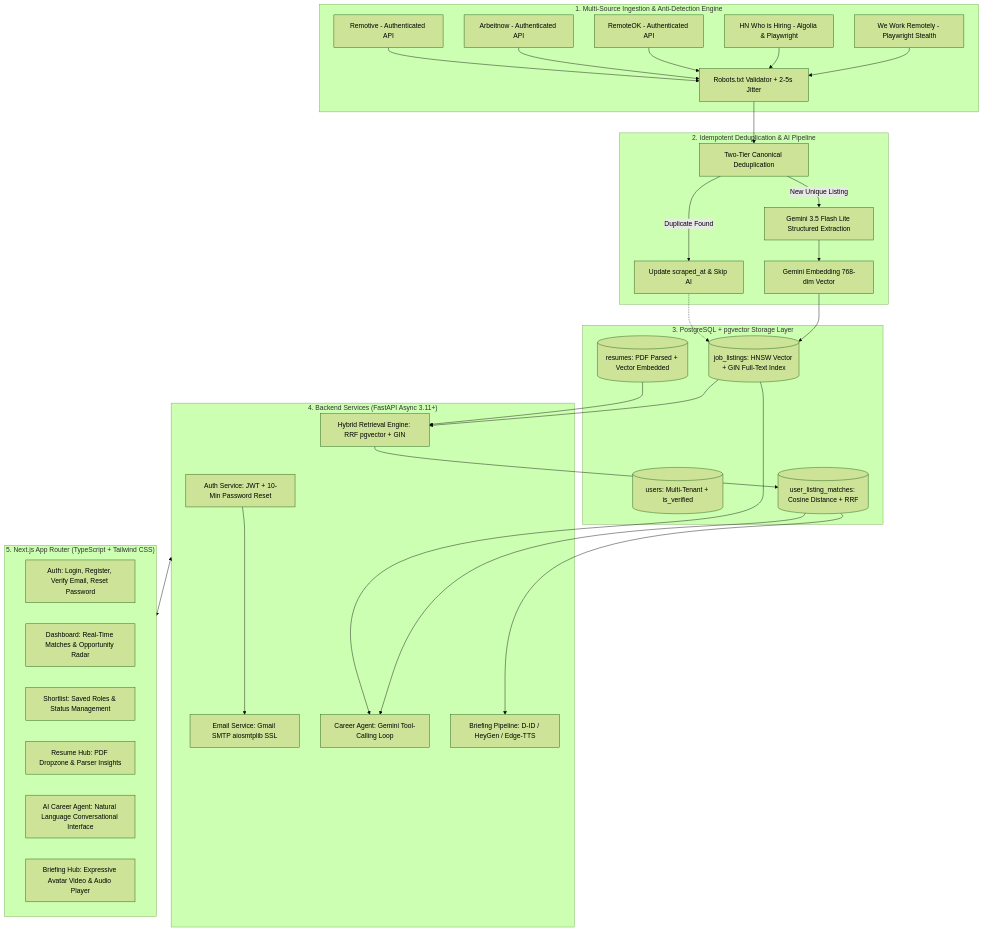
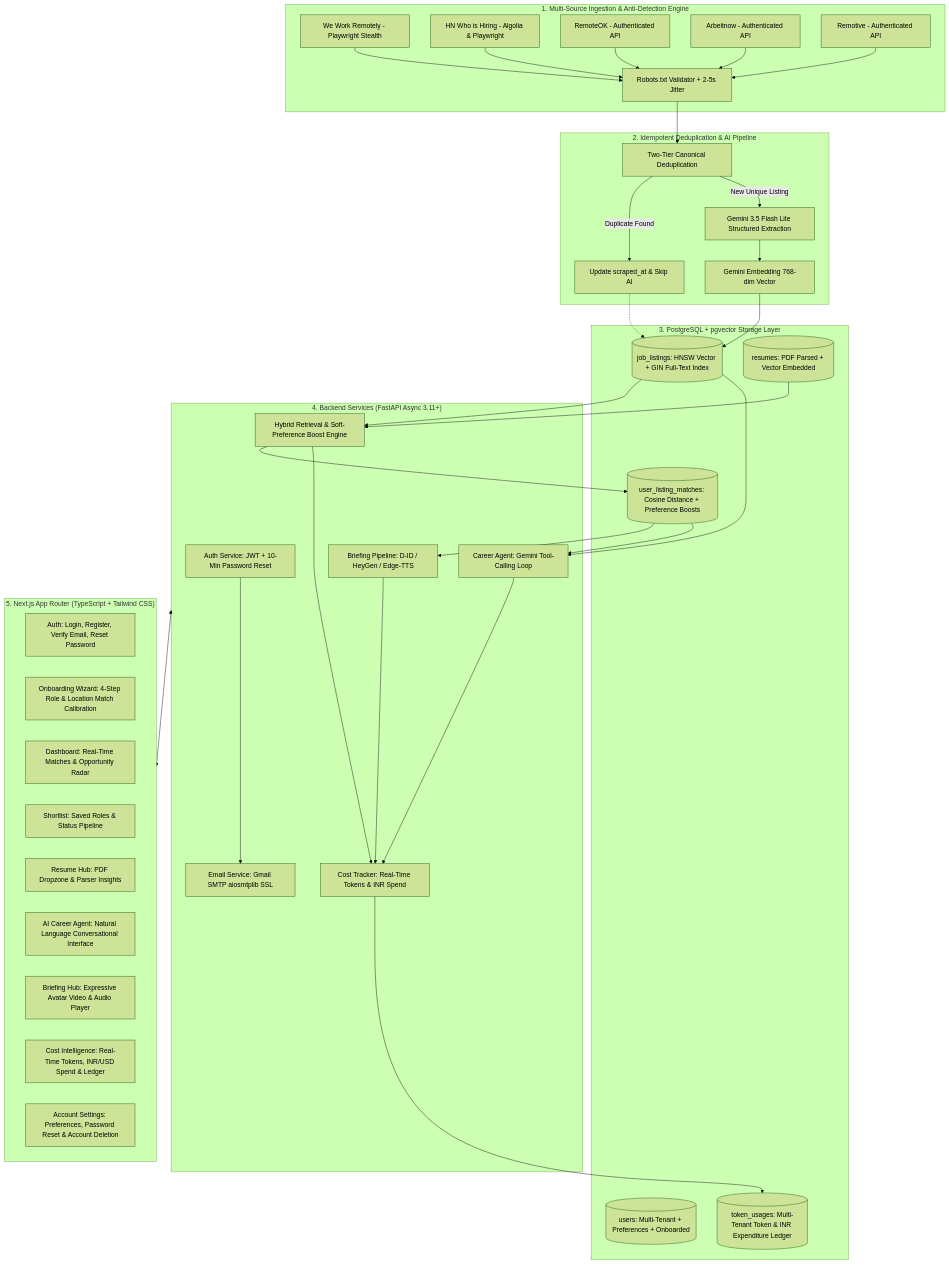
The first of 2 diagrams in README.md (VHarshedh/Nexus), drawn with Mermaid (forest theme) before and after one commit. The commit also changed other lines of this file, not shown here.

````diff
--- a/README.md
+++ b/README.md
@@ -9,50 +11,56 @@
 ```mermaid
 flowchart TD
   subgraph Ingestion["1. Multi-Source Ingestion & Anti-Detection Engine"]
     WWR[We Work Remotely - Playwright Stealth]
     HN[HN Who is Hiring - Algolia & Playwright]
     ROK[RemoteOK - Authenticated API]
     ARBN[Arbeitnow - Authenticated API]
     REMO[Remotive - Authenticated API]
     ROBOTS[Robots.txt Validator + 2-5s Jitter]
     WWR & HN & ROK & ARBN & REMO --> ROBOTS
   end
 
   subgraph DedupPipeline["2. Idempotent Deduplication & AI Pipeline"]
     ROBOTS --> CANON[Two-Tier Canonical Deduplication]
     CANON -->|Duplicate Found| TOUCH[Update scraped_at & Skip AI]
     CANON -->|New Unique Listing| GEM_EXT[Gemini 3.5 Flash Lite Structured Extraction]
     GEM_EXT --> GEM_EMB[Gemini Embedding 768-dim Vector]
   end
 
   subgraph Database["3. PostgreSQL + pgvector Storage Layer"]
     GEM_EMB --> DB_JOBS[(job_listings: HNSW Vector + GIN Full-Text Index)]
     TOUCH -.-> DB_JOBS
-    DB_USERS[(users: Multi-Tenant + is_verified)]
+    DB_USERS[(users: Multi-Tenant + Preferences + Onboarded)]
     DB_RESUMES[(resumes: PDF Parsed + Vector Embedded)]
-    DB_MATCHES[(user_listing_matches: Cosine Distance + RRF)]
+    DB_MATCHES[(user_listing_matches: Cosine Distance + Preference Boosts)]
+    DB_COSTS[(token_usages: Multi-Tenant Token & INR Expenditure Ledger)]
   end
 
   subgraph CoreServices["4. Backend Services (FastAPI Async 3.11+)"]
     AUTH[Auth Service: JWT + 10-Min Password Reset]
     EMAIL[Email Service: Gmail SMTP aiosmtplib SSL]
-    HYBRID[Hybrid Retrieval Engine: RRF pgvector + GIN]
+    HYBRID[Hybrid Retrieval & Soft-Preference Boost Engine]
     AGENT[Career Agent: Gemini Tool-Calling Loop]
     BRIEF[Briefing Pipeline: D-ID / HeyGen / Edge-TTS]
+    COST_TRACK[Cost Tracker: Real-Time Tokens & INR Spend]
     AUTH --> EMAIL
     DB_JOBS & DB_RESUMES --> HYBRID --> DB_MATCHES
     DB_MATCHES --> BRIEF
     DB_MATCHES & DB_JOBS --> AGENT
+    AGENT & BRIEF & HYBRID --> COST_TRACK --> DB_COSTS
   end
 
   subgraph Frontend["5. Next.js App Router (TypeScript + Tailwind CSS)"]
     UI_LOGIN[Auth: Login, Register, Verify Email, Reset Password]
+    UI_ONBOARD[Onboarding Wizard: 4-Step Role & Location Match Calibration]
     UI_DASH[Dashboard: Real-Time Matches & Opportunity Radar]
-    UI_SHORT[Shortlist: Saved Roles & Status Management]
+    UI_SHORT[Shortlist: Saved Roles & Status Pipeline]
     UI_RESUME[Resume Hub: PDF Dropzone & Parser Insights]
     UI_AGENT[AI Career Agent: Natural Language Conversational Interface]
     UI_BRIEF[Briefing Hub: Expressive Avatar Video & Audio Player]
+    UI_COSTS[Cost Intelligence: Real-Time Tokens, INR/USD Spend & Ledger]
+    UI_PROFILE[Account Settings: Preferences, Password Reset & Account Deletion]
   end
 
   CoreServices <--> Frontend
 ```
````
